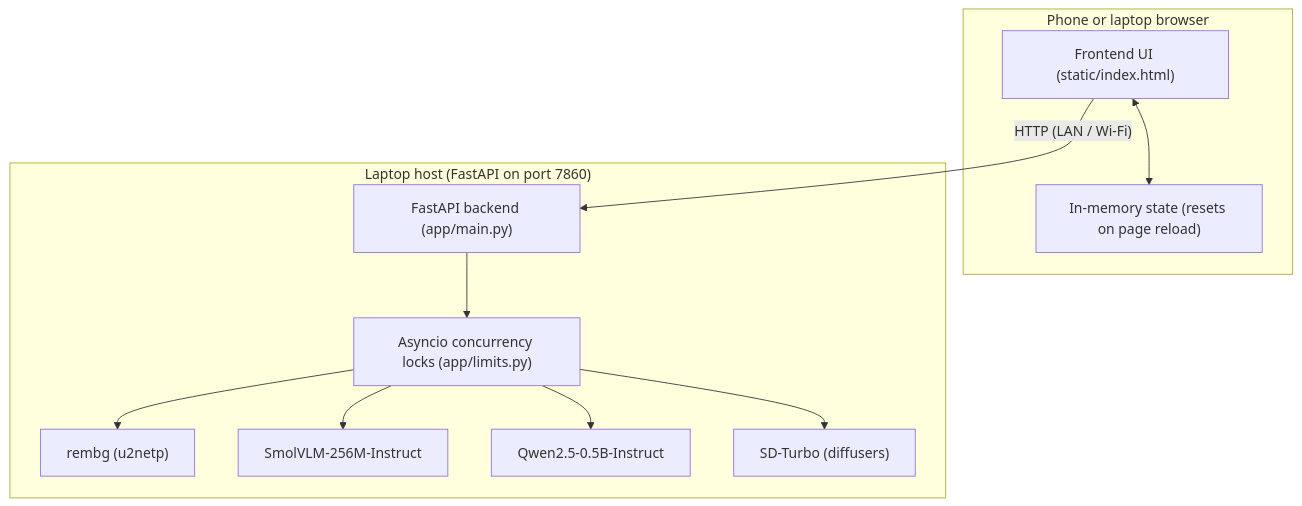
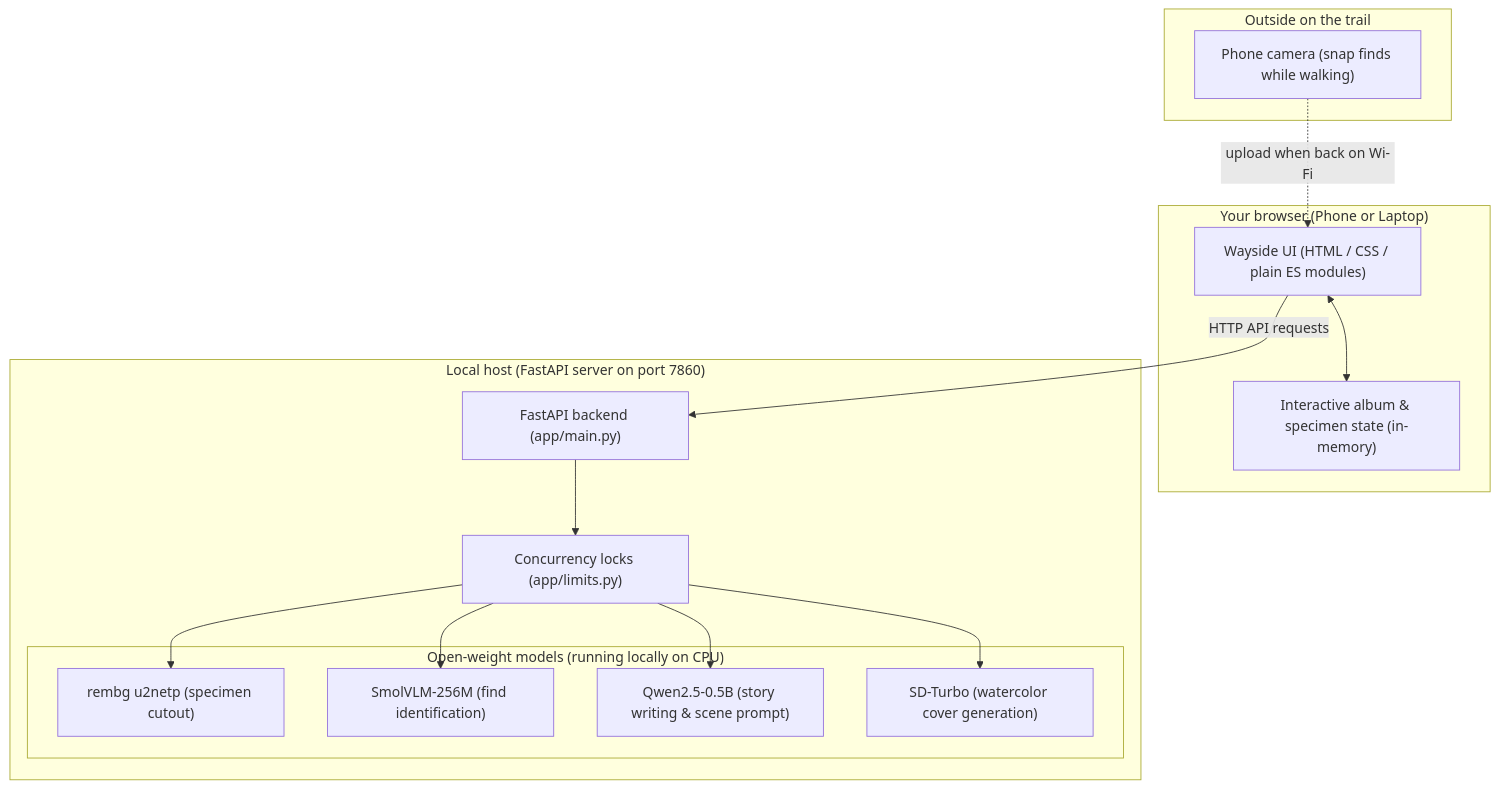
One commit to archangel2006/wayside changed the second of 2 diagrams in README.md. Above: the diagram before and after it, drawn with Mermaid. The commit also changed other lines of this file and 1 other file, not shown here.

````diff
--- a/README.md
+++ b/README.md
@@ -36,25 +98,33 @@
 ```mermaid
-flowchart TD
-    subgraph Client["Phone or laptop browser"]
-        UI["Frontend UI (static/index.html)"]
-        MEM["In-memory state (resets on page reload)"]
-        UI <--> MEM
+flowchart TB
+    subgraph Outdoor["Outside on the trail"]
+        PhoneCamera["Phone camera (snap finds while walking)"]
     end
 
-    subgraph Host["Laptop host (FastAPI on port 7860)"]
-        API["FastAPI backend (app/main.py)"]
-        LOCK["Asyncio concurrency locks (app/limits.py)"]
-        CUT["rembg (u2netp)"]
-        VIS["SmolVLM-256M-Instruct"]
-        LLM["Qwen2.5-0.5B-Instruct"]
-        IMG["SD-Turbo (diffusers)"]
-
-        API --> LOCK
-        LOCK --> CUT
-        LOCK --> VIS
-        LOCK --> LLM
-        LOCK --> IMG
+    subgraph Client["Your browser (Phone or Laptop)"]
+        UI["Wayside UI (HTML / CSS / plain ES modules)"]
+        State["Interactive album & specimen state (in-memory)"]
+        UI <--> State
     end
 
-    UI -->|"HTTP (LAN / Wi-Fi)"| API
+    subgraph Host["Local host (FastAPI server on port 7860)"]
+        API["FastAPI backend (app/main.py)"]
+        Queue["Concurrency locks (app/limits.py)"]
+
+        subgraph OpenModels["Open-weight models (running locally on CPU)"]
+            CUT["rembg u2netp (specimen cutout)"]
+            VIS["SmolVLM-256M (find identification)"]
+            LLM["Qwen2.5-0.5B (story writing & scene prompt)"]
+            DIFF["SD-Turbo (watercolor cover generation)"]
+        end
+
+        API --> Queue
+        Queue --> CUT
+        Queue --> VIS
+        Queue --> LLM
+        Queue --> DIFF
+    end
+
+    PhoneCamera -.->|"upload when back on Wi-Fi"| UI
+    UI -->|"HTTP API requests"| API
 ```
````
